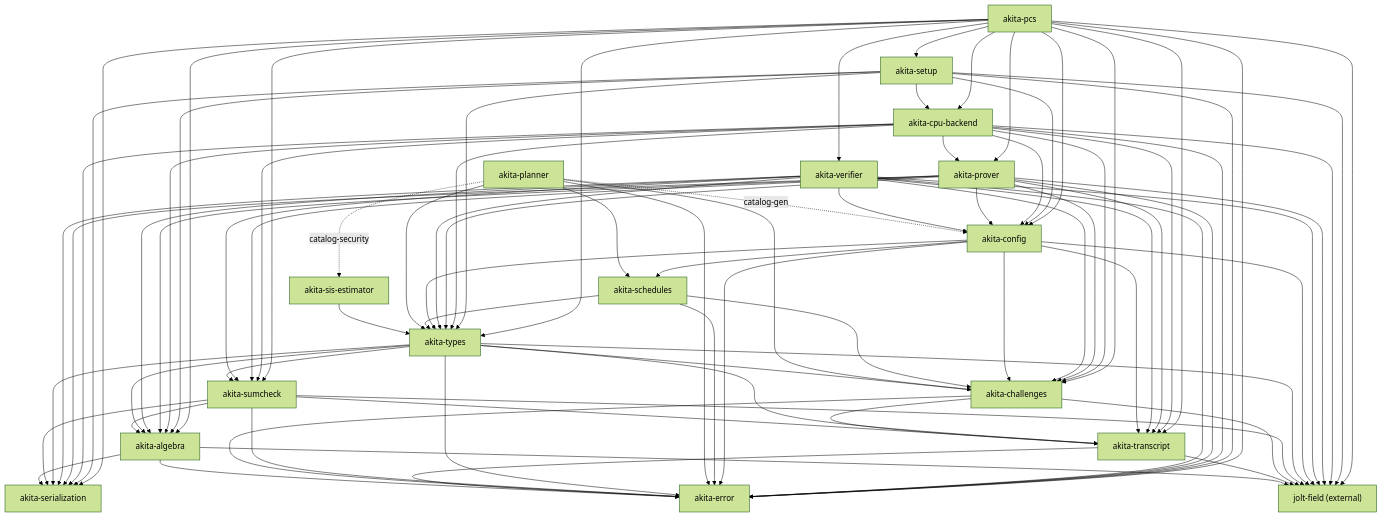
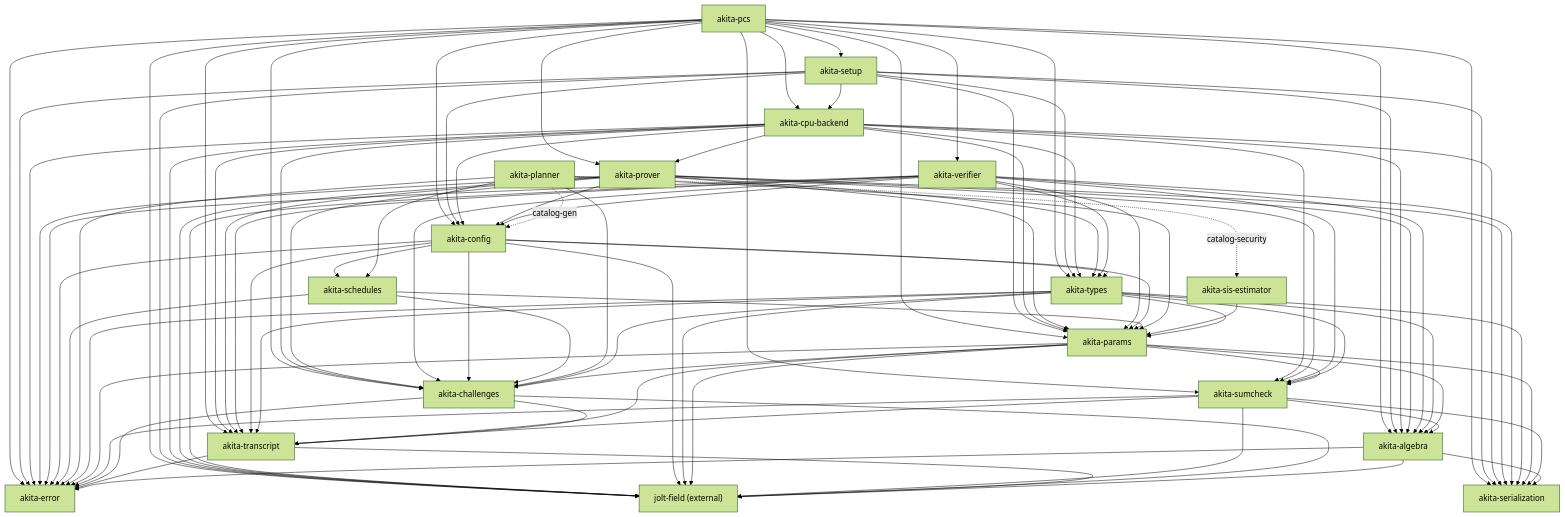
The diagram in docs/crate-graph.md (0xAndoroid/akita), drawn with Mermaid (forest theme) before and after one commit. The commit also changed other lines of this file and 568 other files, not shown here.

First line of the commit message:
refactor(types)!: split parameter-side code into akita-params (#134)

```diff
--- a/docs/crate-graph.md
+++ b/docs/crate-graph.md
@@ -42,6 +43,7 @@
   Transcript["akita-transcript"]
   Challenges["akita-challenges"]
   Sumcheck["akita-sumcheck"]
+  Params["akita-params"]
   Types["akita-types"]
   SisEstimator["akita-sis-estimator"]
   Planner["akita-planner"]
@@ -66,6 +68,14 @@
   Sumcheck --> Field
   Sumcheck --> Ser
   Sumcheck --> Transcript
+  Params --> Error
+  Params --> Algebra
+  Params --> Challenges
+  Params --> Field
+  Params --> Ser
+  Params --> Sumcheck
+  Params --> Transcript
+  Types --> Params
   Types --> Error
   Types --> Algebra
   Types --> Challenges
@@ -73,22 +83,24 @@
   Types --> Ser
   Types --> Sumcheck
   Types --> Transcript
-  SisEstimator --> Types
+  SisEstimator --> Params
   Planner --> Error
   Planner --> Challenges
   Planner --> Schedules
-  Planner --> Types
+  Planner --> Params
   Planner -. catalog-gen .-> Config
   Planner -. catalog-security .-> SisEstimator
   Schedules --> Error
   Schedules --> Challenges
-  Schedules --> Types
+  Schedules --> Params
+  Config --> Params
   Config --> Error
   Config --> Challenges
   Config --> Field
   Config --> Transcript
   Config --> Types
   Config --> Schedules
+  Verifier --> Params
   Verifier --> Error
   Verifier --> Algebra
   Verifier --> Challenges
@@ -98,6 +110,7 @@
   Verifier --> Sumcheck
   Verifier --> Transcript
   Verifier --> Types
+  Prover --> Params
   Prover --> Error
   Prover --> Algebra
   Prover --> Challenges
@@ -108,6 +121,7 @@
   Prover --> Transcript
   Prover --> Types
   Cpu --> Prover
+  Cpu --> Params
   Cpu --> Error
   Cpu --> Algebra
   Cpu --> Challenges
@@ -117,6 +131,7 @@
   Cpu --> Sumcheck
   Cpu --> Transcript
   Cpu --> Types
+  Setup --> Params
   Setup --> Error
   Setup --> Algebra
   Setup --> Config
@@ -124,6 +139,7 @@
   Setup --> Cpu
   Setup --> Ser
   Setup --> Types
+  Pcs --> Params
   Pcs --> Error
   Pcs --> Algebra
   Pcs --> Challenges
```
